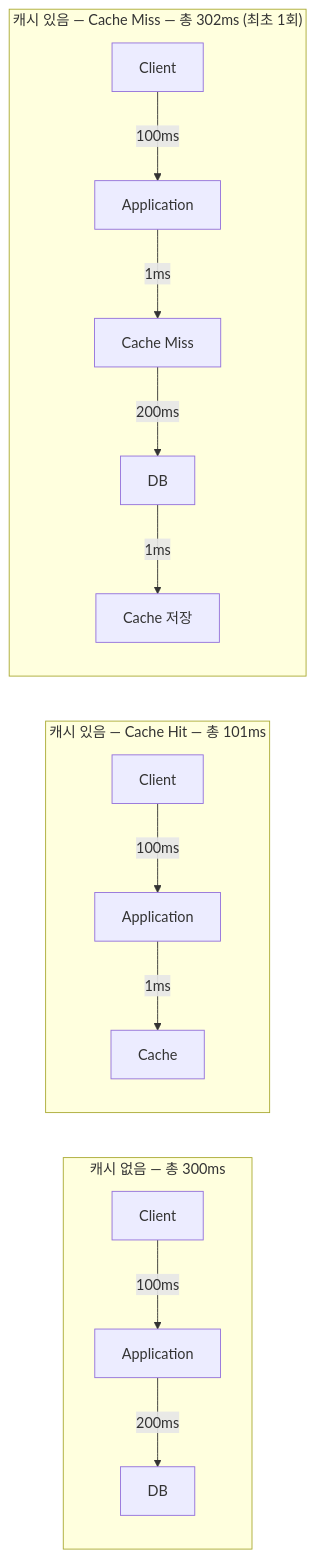
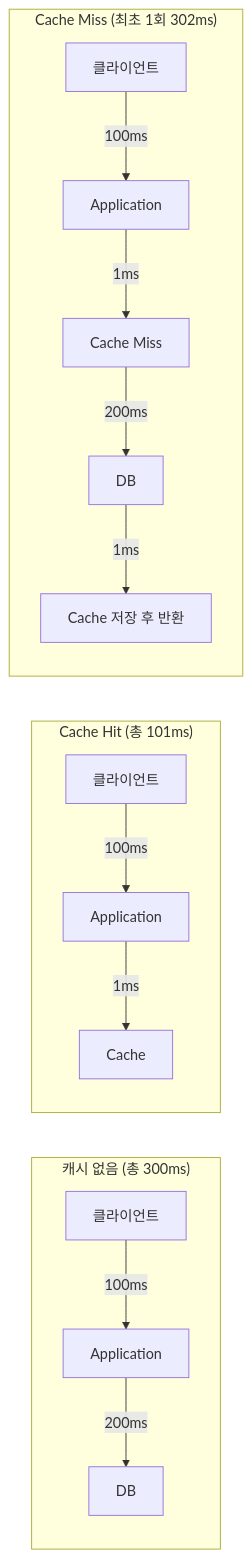
Before and after one commit to yjkim2015/yjkim2015.github.io: the first of 6 diagrams in _posts/caching/2026-05-01-caching-strategy.md, drawn with Mermaid. The commit also changed other lines of this file and 34 other files, not shown here.

First line of the commit message:
Full quality pass: 41 files — ASCII removed, 동작원리 보강, diagrams

```diff
--- a/_posts/caching/2026-05-01-caching-strategy.md
+++ b/_posts/caching/2026-05-01-caching-strategy.md
@@ -16,17 +20,17 @@
 <div class="mermaid">
 graph LR
-    subgraph WITHOUT["캐시 없음 — 총 300ms"]
-        C1[Client] -->|100ms| A1[Application]
-        A1 -->|200ms| DB1[DB]
+    subgraph "캐시 없음 (총 300ms)"
+        C1["클라이언트"] -->|100ms| A1["Application"]
+        A1 -->|200ms| DB1["DB"]
     end
-    subgraph WITH_HIT["캐시 있음 — Cache Hit — 총 101ms"]
-        C2[Client] -->|100ms| A2[Application]
-        A2 -->|1ms| CACHE[Cache]
+    subgraph "Cache Hit (총 101ms)"
+        C2["클라이언트"] -->|100ms| A2["Application"]
+        A2 -->|1ms| CACHE["Cache"]
     end
-    subgraph WITH_MISS["캐시 있음 — Cache Miss — 총 302ms (최초 1회)"]
-        C3[Client] -->|100ms| A3[Application]
-        A3 -->|1ms| CM[Cache Miss]
-        CM -->|200ms| DB3[DB]
-        DB3 -->|1ms| STORE[Cache 저장]
+    subgraph "Cache Miss (최초 1회 302ms)"
+        C3["클라이언트"] -->|100ms| A3["Application"]
+        A3 -->|1ms| CM["Cache Miss"]
+        CM -->|200ms| DB3["DB"]
+        DB3 -->|1ms| STORE["Cache 저장 후 반환"]
     end
 </div>
```
